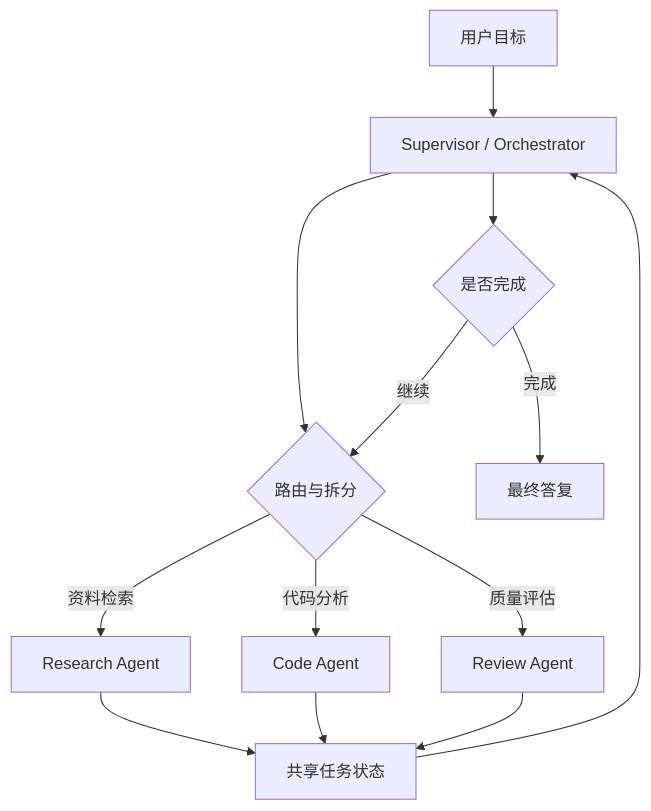
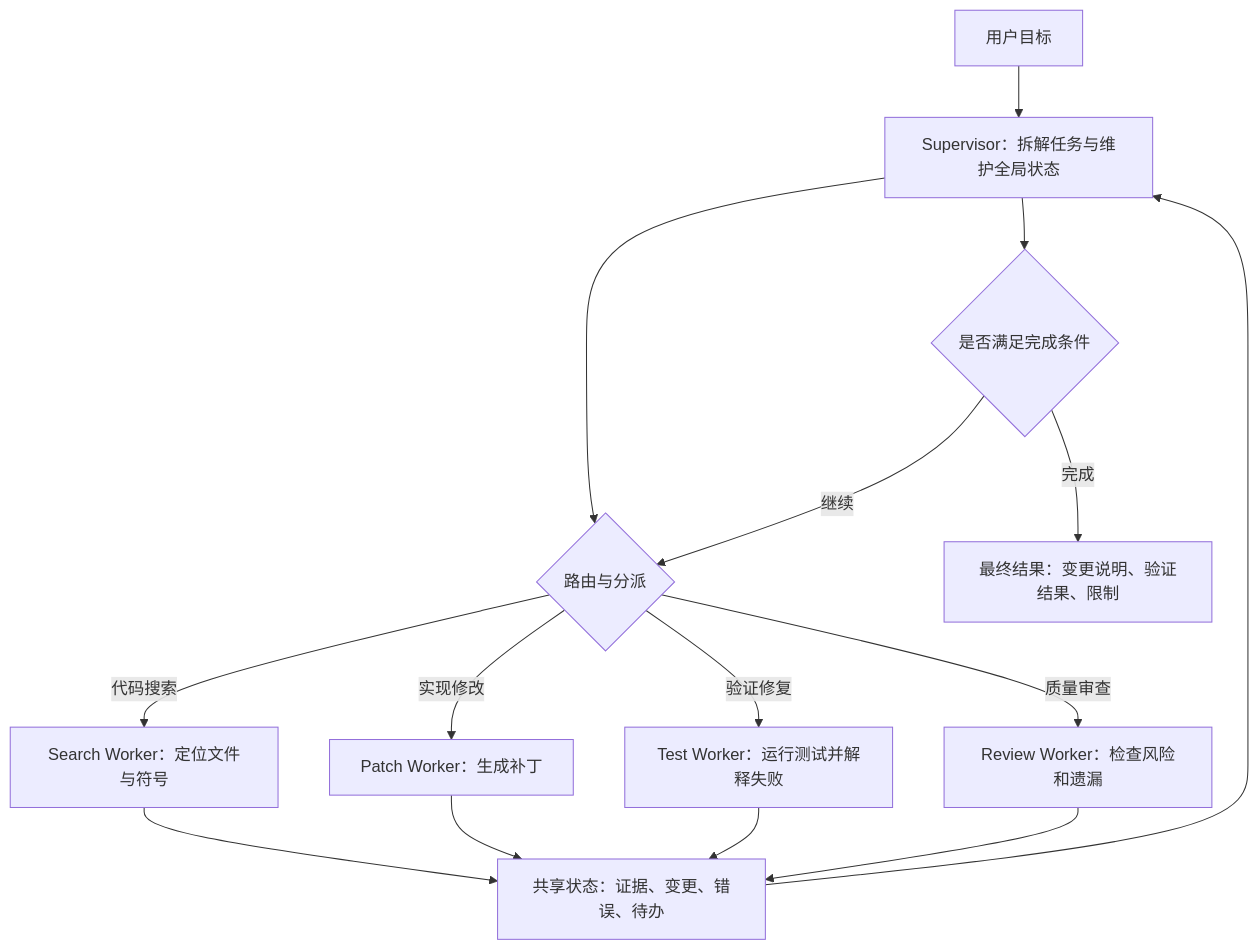
The diagram in docs/AI/Agent/Agent基础/Agent设计模式.md (Doge2077/liyyro), drawn with Mermaid before and after one commit. The commit also changed other lines of this file and 5 other files, not shown here.

Commit message:
improve Agent docs and enable Mermaid

````diff
--- a/docs/AI/Agent/Agent基础/Agent设计模式.md
+++ b/docs/AI/Agent/Agent基础/Agent设计模式.md
@@ -33,15 +56,17 @@
 ```mermaid
 graph TD
-  U["用户目标"] --> S["Supervisor / Orchestrator"]
-  S --> R{"路由与拆分"}
-  R -->|"资料检索"| A["Research Agent"]
-  R -->|"代码分析"| B["Code Agent"]
-  R -->|"质量评估"| C["Review Agent"]
-  A --> M["共享任务状态"]
+  U["用户目标"] --> S["Supervisor：拆解任务与维护全局状态"]
+  S --> R{"路由与分派"}
+  R -->|"代码搜索"| A["Search Worker：定位文件与符号"]
+  R -->|"实现修改"| B["Patch Worker：生成补丁"]
+  R -->|"验证修复"| C["Test Worker：运行测试并解释失败"]
+  R -->|"质量审查"| D["Review Worker：检查风险和遗漏"]
+  A --> M["共享状态：证据、变更、错误、待办"]
   B --> M
   C --> M
+  D --> M
   M --> S
-  S --> D{"是否完成"}
-  D -->|"继续"| R
-  D -->|"完成"| O["最终答复"]
+  S --> E{"是否满足完成条件"}
+  E -->|"继续"| R
+  E -->|"完成"| O["最终结果：变更说明、验证结果、限制"]
 ```
````
